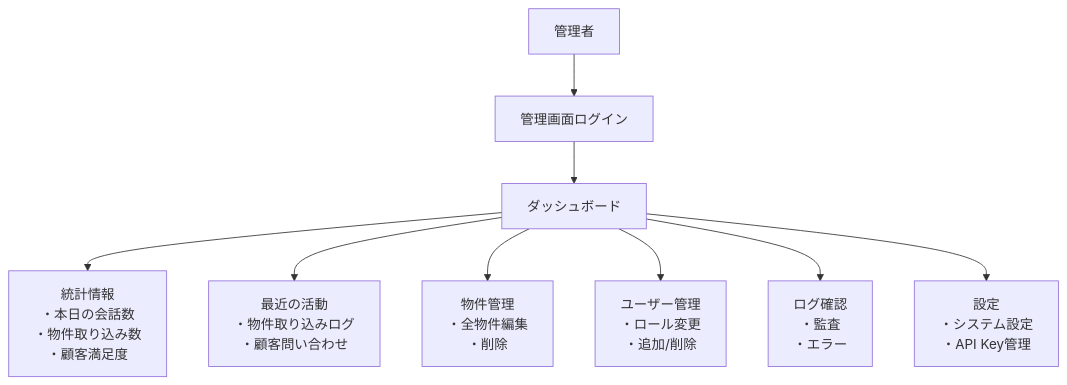
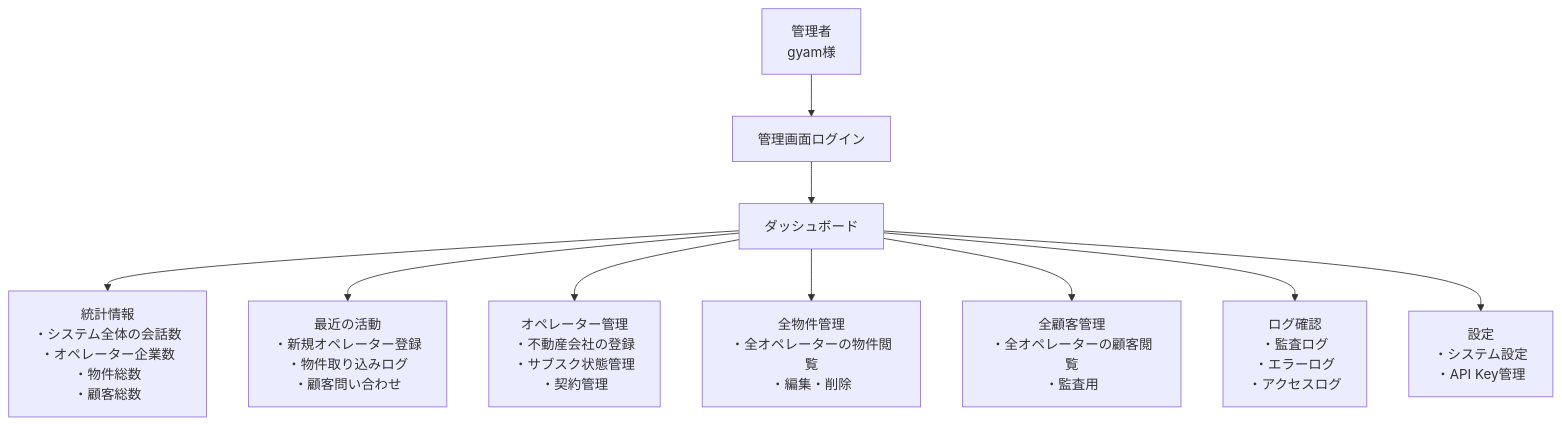
The sixth of 6 diagrams in docs/system_architecture.md (koma-ry1117/ieguchi), drawn with Mermaid before and after one commit. The commit also changed other lines of this file and 8 other files, not shown here.

Commit message:
Add admin API documentation for operator management, including endpoints for listing, creating, updating, and deleting operators, as well as retrieving system statistics. Update architecture and database design to reflect new operator and customer relationships.

````diff
--- a/docs/system_architecture.md
+++ b/docs/system_architecture.md
@@ -209,13 +219,14 @@
 ```mermaid
 graph TD
-    Admin[管理者] --> Login[管理画面ログイン]
+    Admin[管理者<br/>gyam様] --> Login[管理画面ログイン]
     Login --> Dashboard[ダッシュボード]
-    
-    Dashboard --> Stats[統計情報<br/>・本日の会話数<br/>・物件取り込み数<br/>・顧客満足度]
-    Dashboard --> Activity[最近の活動<br/>・物件取り込みログ<br/>・顧客問い合わせ]
-    
-    Dashboard --> PropertyMgmt[物件管理<br/>・全物件編集<br/>・削除]
-    Dashboard --> UserMgmt[ユーザー管理<br/>・ロール変更<br/>・追加/削除]
-    Dashboard --> Logs[ログ確認<br/>・監査<br/>・エラー]
+
+    Dashboard --> Stats[統計情報<br/>・システム全体の会話数<br/>・オペレーター企業数<br/>・物件総数<br/>・顧客総数]
+    Dashboard --> Activity[最近の活動<br/>・新規オペレーター登録<br/>・物件取り込みログ<br/>・顧客問い合わせ]
+
+    Dashboard --> OperatorMgmt[オペレーター管理<br/>・不動産会社の登録<br/>・サブスク状態管理<br/>・契約管理]
+    Dashboard --> PropertyMgmt[全物件管理<br/>・全オペレーターの物件閲覧<br/>・編集・削除]
+    Dashboard --> CustomerMgmt[全顧客管理<br/>・全オペレーターの顧客閲覧<br/>・監査用]
+    Dashboard --> Logs[ログ確認<br/>・監査ログ<br/>・エラーログ<br/>・アクセスログ]
     Dashboard --> Settings[設定<br/>・システム設定<br/>・API Key管理]
 ```
````
